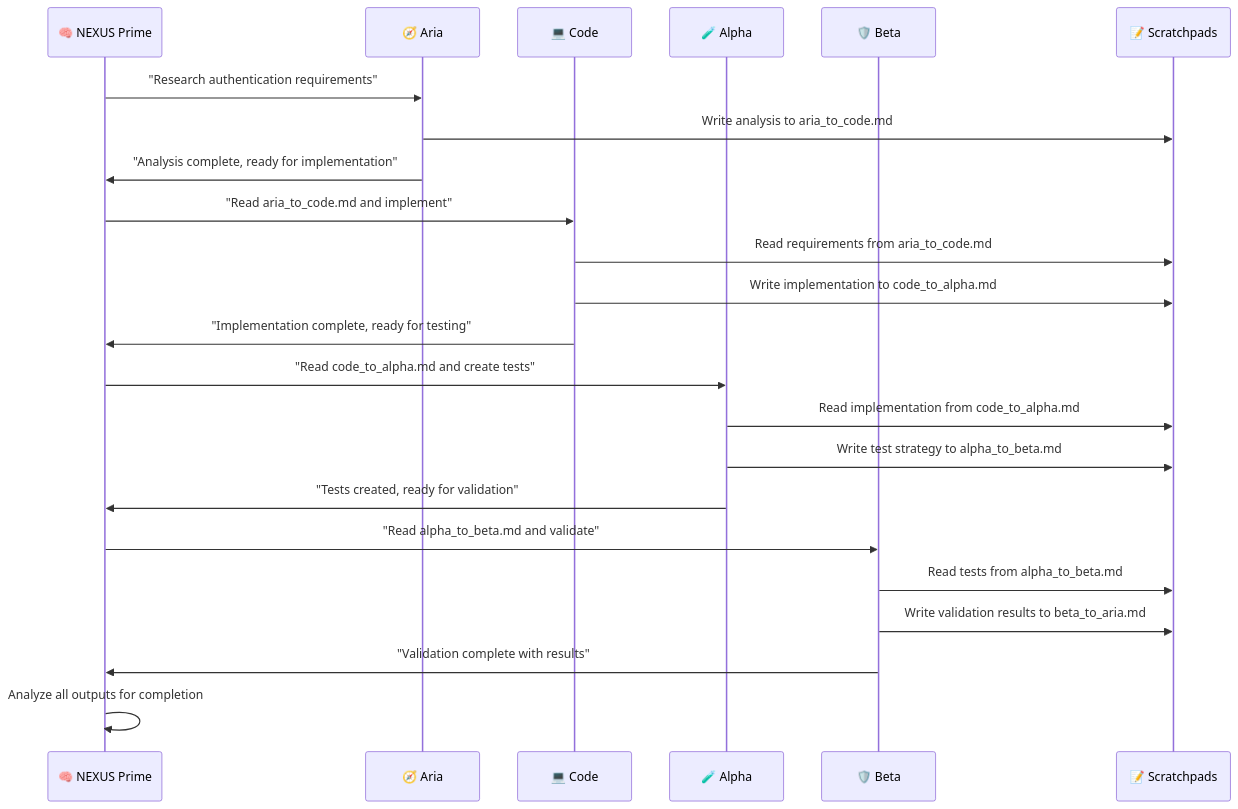
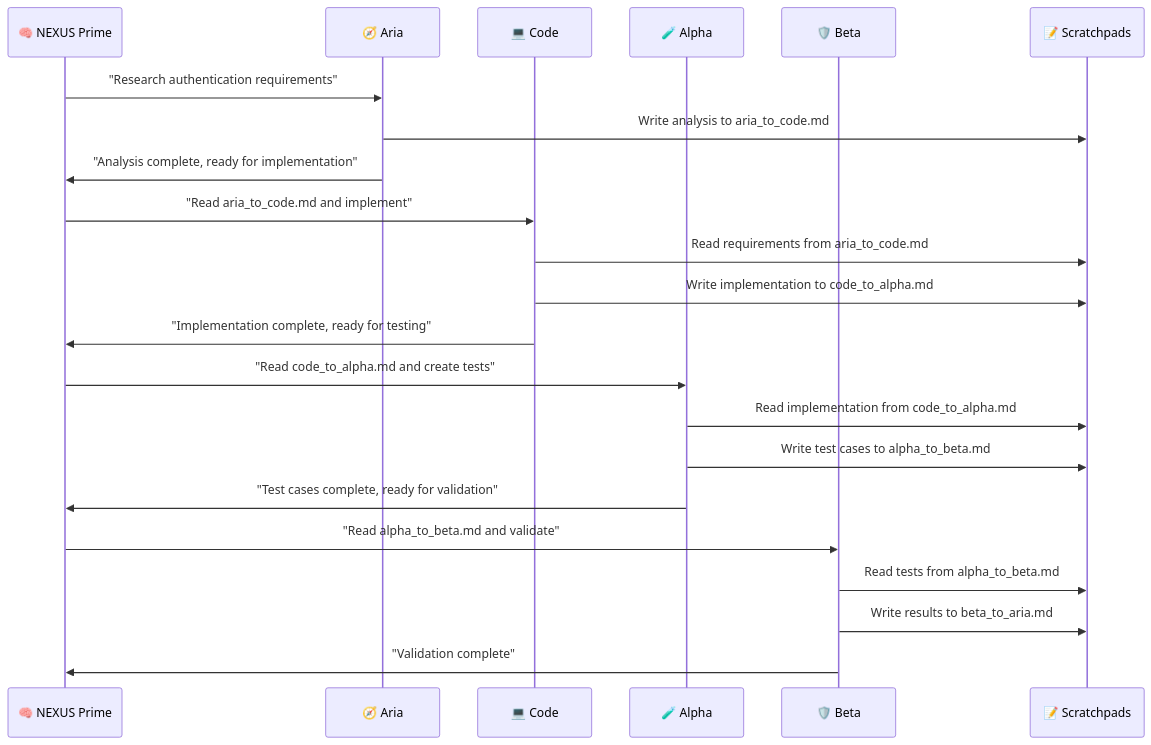
Before and after one commit to Interstitch/Sectorwars2102: the second of 2 diagrams in NEXUS_CHAT/README.md, drawn with Mermaid. The commit also changed other lines of this file, not shown here.

````diff
--- a/NEXUS_CHAT/README.md
+++ b/NEXUS_CHAT/README.md
@@ -330,30 +236,28 @@
 ```mermaid
 sequenceDiagram
     participant O as 🧠 NEXUS Prime
     participant A as 🧭 Aria
     participant C as 💻 Code  
     participant AL as 🧪 Alpha
     participant B as 🛡️ Beta
     participant SP as 📝 Scratchpads
     
     O->>A: "Research authentication requirements"
     A->>SP: Write analysis to aria_to_code.md
     A->>O: "Analysis complete, ready for implementation"
     
     O->>C: "Read aria_to_code.md and implement"
     C->>SP: Read requirements from aria_to_code.md
     C->>SP: Write implementation to code_to_alpha.md
     C->>O: "Implementation complete, ready for testing"
     
     O->>AL: "Read code_to_alpha.md and create tests"
     AL->>SP: Read implementation from code_to_alpha.md
-    AL->>SP: Write test strategy to alpha_to_beta.md
-    AL->>O: "Tests created, ready for validation"
+    AL->>SP: Write test cases to alpha_to_beta.md
+    AL->>O: "Test cases complete, ready for validation"
     
     O->>B: "Read alpha_to_beta.md and validate"
     B->>SP: Read tests from alpha_to_beta.md
-    B->>SP: Write validation results to beta_to_aria.md
-    B->>O: "Validation complete with results"
-    
-    O->>O: Analyze all outputs for completion
+    B->>SP: Write results to beta_to_aria.md
+    B->>O: "Validation complete"
 ```
````
